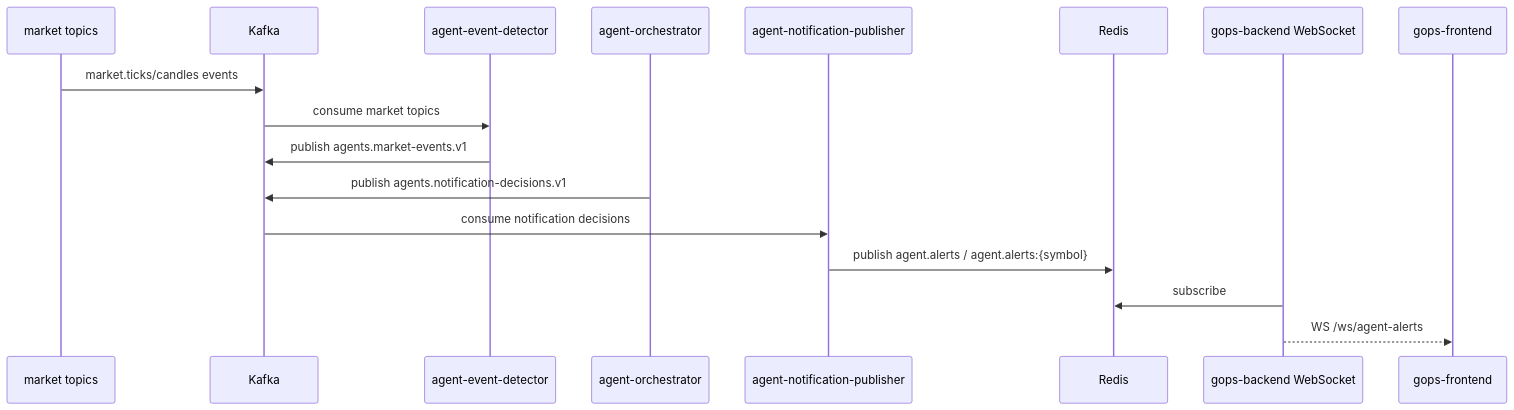
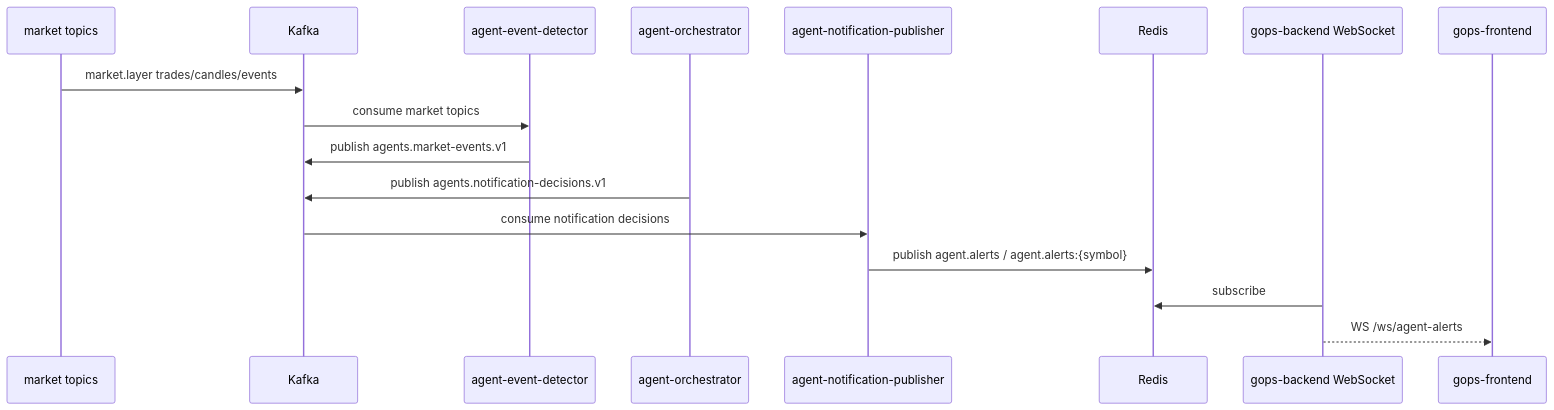
Before and after one commit to seunglee10/GOPS-BE: the third of 3 diagrams in docs/AGENT_ORCHESTRATION_IMPLEMENTATION.md, drawn with Mermaid. The commit also changed other lines of this file and 26 other files, not shown here.

Commit message:
docs: define on-demand chart data rebuild plan

````diff
--- a/docs/AGENT_ORCHESTRATION_IMPLEMENTATION.md
+++ b/docs/AGENT_ORCHESTRATION_IMPLEMENTATION.md
@@ -170,20 +170,20 @@
 ```mermaid
 sequenceDiagram
   participant M as market topics
   participant K as Kafka
   participant ED as agent-event-detector
   participant AO as agent-orchestrator
   participant NP as agent-notification-publisher
   participant R as Redis
   participant BE as gops-backend WebSocket
   participant FE as gops-frontend
 
-  M->>K: market.ticks/candles events
+  M->>K: market.layer trades/candles/events
   K->>ED: consume market topics
   ED->>K: publish agents.market-events.v1
   AO->>K: publish agents.notification-decisions.v1
   K->>NP: consume notification decisions
   NP->>R: publish agent.alerts / agent.alerts:{symbol}
   BE->>R: subscribe
   BE-->>FE: WS /ws/agent-alerts
 ```
````
